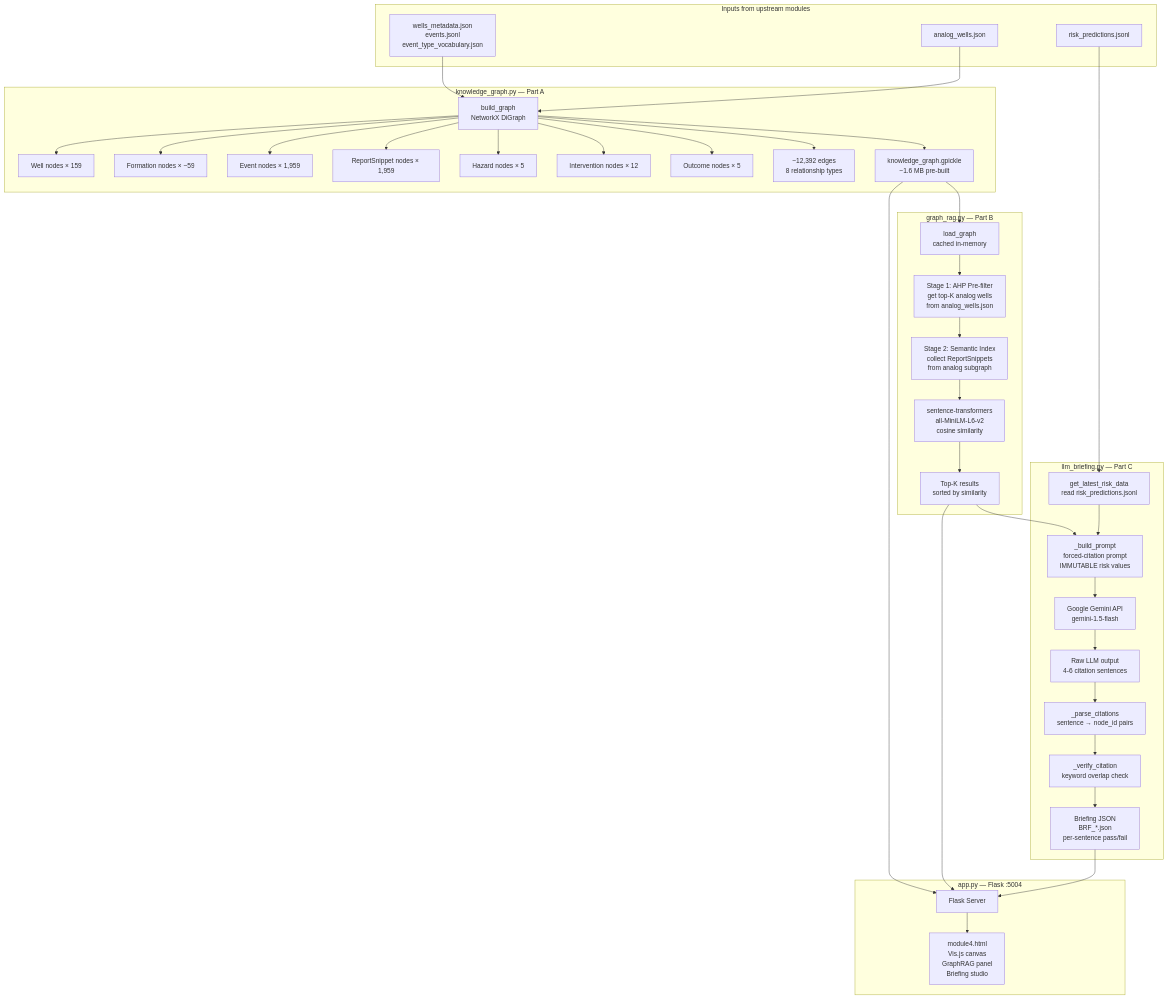
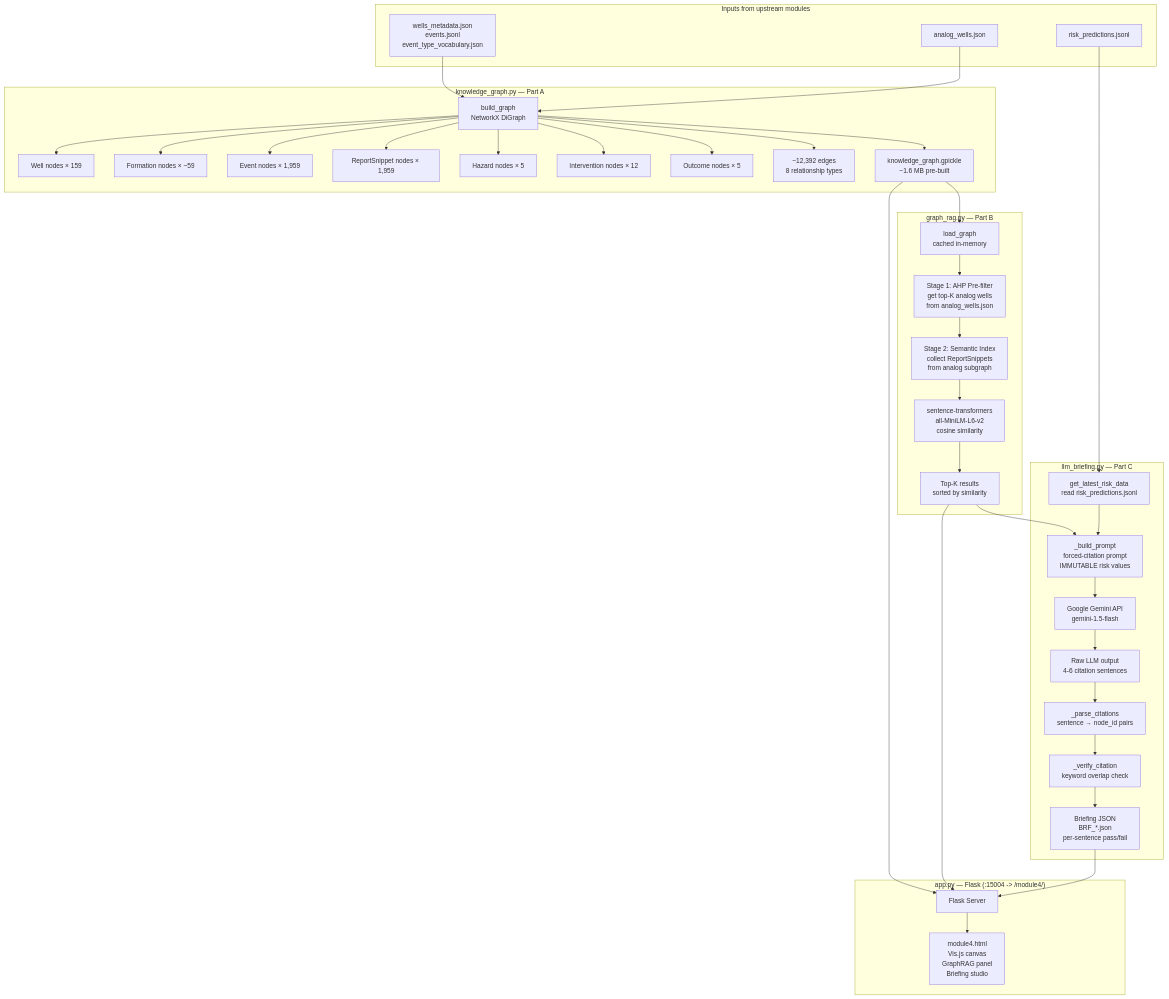
The seventh of 14 diagrams in ARCHITECTURE.md (n3ssdub3y/SIH_2026_PLANNS), drawn with Mermaid before and after one commit. The commit also changed other lines of this file and 35 other files, not shown here.

````diff
--- a/ARCHITECTURE.md
+++ b/ARCHITECTURE.md
@@ -568,47 +569,47 @@
 ```mermaid
 graph TD
     subgraph "Inputs from upstream modules"
         M1["wells_metadata.json\nevents.jsonl\nevent_type_vocabulary.json"]
         M2["analog_wells.json"]
         M3["risk_predictions.jsonl"]
     end
 
     subgraph "knowledge_graph.py — Part A"
         M1 & M2 --> KGB["build_graph\nNetworkX DiGraph"]
         KGB --> N_WELL["Well nodes × 159"]
         KGB --> N_FORM["Formation nodes × ~59"]
         KGB --> N_EVT["Event nodes × 1,959"]
         KGB --> N_SNIP["ReportSnippet nodes × 1,959"]
         KGB --> N_HAZ["Hazard nodes × 5"]
         KGB --> N_INT["Intervention nodes × 12"]
         KGB --> N_OUT["Outcome nodes × 5"]
         KGB --> EDGES["~12,392 edges\n8 relationship types"]
         KGB --> GPK["knowledge_graph.gpickle\n~1.6 MB pre-built"]
     end
 
     subgraph "graph_rag.py — Part B"
         GPK --> LOAD["load_graph\ncached in-memory"]
         LOAD --> STAGE1["Stage 1: AHP Pre-filter\nget top-K analog wells\nfrom analog_wells.json"]
         STAGE1 --> STAGE2["Stage 2: Semantic Index\ncollect ReportSnippets\nfrom analog subgraph"]
         STAGE2 --> EMBED["sentence-transformers\nall-MiniLM-L6-v2\ncosine similarity"]
         EMBED --> TOPK["Top-K results\nsorted by similarity"]
     end
 
     subgraph "llm_briefing.py — Part C"
         M3 --> RD["get_latest_risk_data\nread risk_predictions.jsonl"]
         TOPK --> PROMPT["_build_prompt\nforced-citation prompt\nIMMUTABLE risk values"]
         RD --> PROMPT
         PROMPT --> GEM["Google Gemini API\ngemini-1.5-flash"]
         GEM --> RAW["Raw LLM output\n4-6 citation sentences"]
         RAW --> PARSE["_parse_citations\nsentence → node_id pairs"]
         PARSE --> VERIFY["_verify_citation\nkeyword overlap check"]
         VERIFY --> BRF["Briefing JSON\nBRF_*.json\nper-sentence pass/fail"]
     end
 
-    subgraph "app.py — Flask :5004"
+    subgraph "app.py — Flask (:15004 -> /module4/)"
         GPK --> APP["Flask Server"]
         TOPK --> APP
         BRF --> APP
         APP --> UI["module4.html\nVis.js canvas\nGraphRAG panel\nBriefing studio"]
     end
 ```
````
